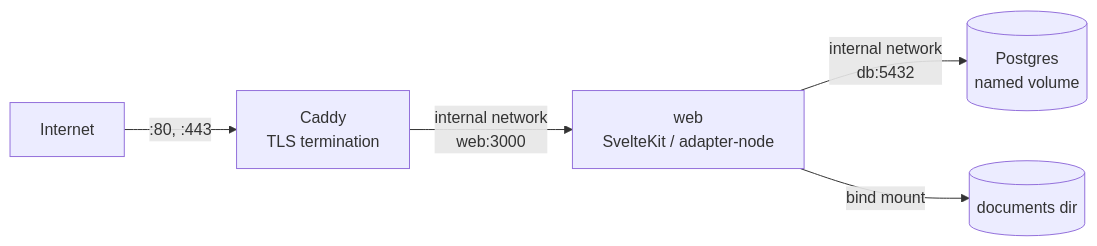
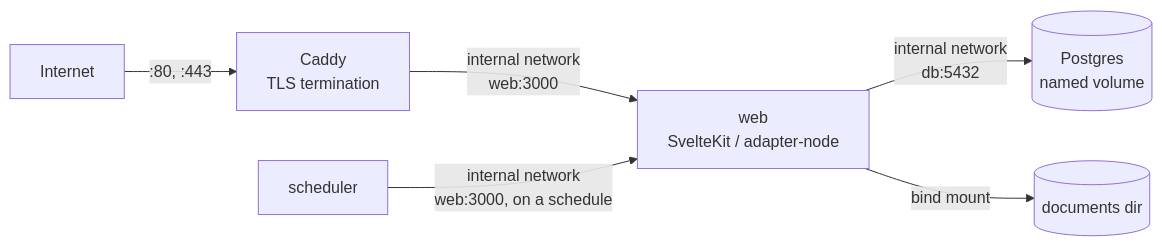
Before and after one commit to fiorelorenzo/mastro: the diagram in docs/deploy.md, drawn with Mermaid. The commit also changed other lines of this file and 78 other files, not shown here.

````diff
--- a/docs/deploy.md
+++ b/docs/deploy.md
@@ -13,7 +13,8 @@
 ```mermaid
 flowchart LR
     Internet -->|":80, :443"| proxy[Caddy\nTLS termination]
     proxy -->|"internal network\nweb:3000"| web[web\nSvelteKit / adapter-node]
     web -->|"internal network\ndb:5432"| db[(Postgres\nnamed volume)]
     web -->|"bind mount"| docs[(documents dir)]
+    scheduler[scheduler] -->|"internal network\nweb:3000, on a schedule"| web
 ```
````
